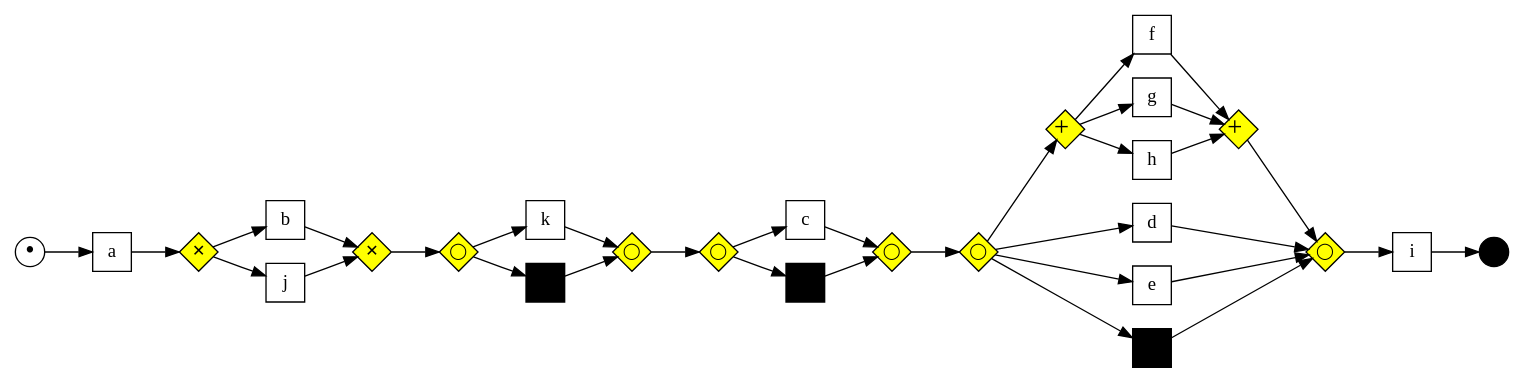
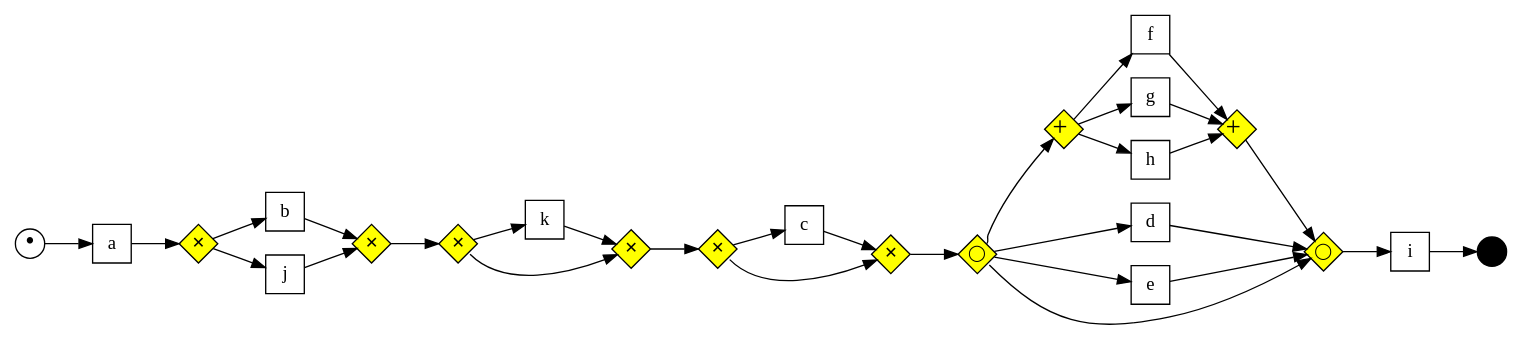
The diagram in PracaInzynierskaTex/examples/v12a11c3512l9.csv_run-10231_21_3_1_042344_29708_523416/graph.gv (psm8/automated-business-process-discovery), drawn with Graphviz before and after one commit. The commit also changed 28 other files, not shown here.

```diff
--- a/PracaInzynierskaTex/examples/v12a11c3512l9.csv_run-10231_21_3_1_042344_29708_523416/graph.gv
+++ b/PracaInzynierskaTex/examples/v12a11c3512l9.csv_run-10231_21_3_1_042344_29708_523416/graph.gv
@@ -1,56 +1,54 @@
 digraph G {
   rankdir=LR;
   subgraph place {
     node [shape=circle,fixedsize=true,label="",height=.3,width=.3];
     in [label="&bull;", fontsize=20];
     out [style=filled,fillcolor=black];
   }
   subgraph xorgate {
     node [shape=diamond,fixedsize=true,width=.4,height=.4,label=<&#x2715;>,fontsize=12,style=filled,fillcolor=yellow]
-    x1;x2
+    x1;x2;o1;o2;o3;o4;
   }
   subgraph andgate {
   node [shape=diamond,fixedsize=true,width=.4,height=.4 label=<&#43;>,fontsize=20,style=filled,fillcolor=yellow]
     a1;a2
   }
   subgraph optgate {
     node [shape=diamond,fixedsize=true,width=.4,height=.4,label=<&#9711;>,fontsize=12,style=filled,fillcolor=yellow]
-    o1;o2;o3;o4;o5;o6
+    o5;o6
   }
   subgraph transitions {
     node [shape=rect,height=0.4,width=.4];
     a; b; c; d; e; f, g, h; i; j; k;
   }
   subgraph skip {
     node [shape=rect,label="",height=0.4,width=.4,style=filled,fillcolor=black];
-    s1;s2;s3
+
   }
 
   # align horizontally
   {edge [weight=1]; }
 
   in->a->x1;
   x1->b->x2;
   x1->j->x2;
   x2->o1
   o1->k->o2;
-  o1->s1->o2;
+  o1:se->o2;
   o2->o3
   o3->c->o4;
-  o3->s2->o4;
+  o3:se->o4;
   o4->o5;
   o5->e->o6;
-  o5->a1
+  o5:ne->a1
   a2->o6;
   o5->d->o6;
-  o5->s3->o6;
   a1->f->a2;
   a1->g->a2;
   a1->h->a2;
+  o5:se->o6;
   o6->i->out
   # align vertically
   {rank=same; b;j}
-  {rank=same; k;s1}
-  {rank=same; c;s2}
-  {rank=same; f;h;g;e;d;s3}
+  {rank=same; f;h;g;e;d}
 }
```
